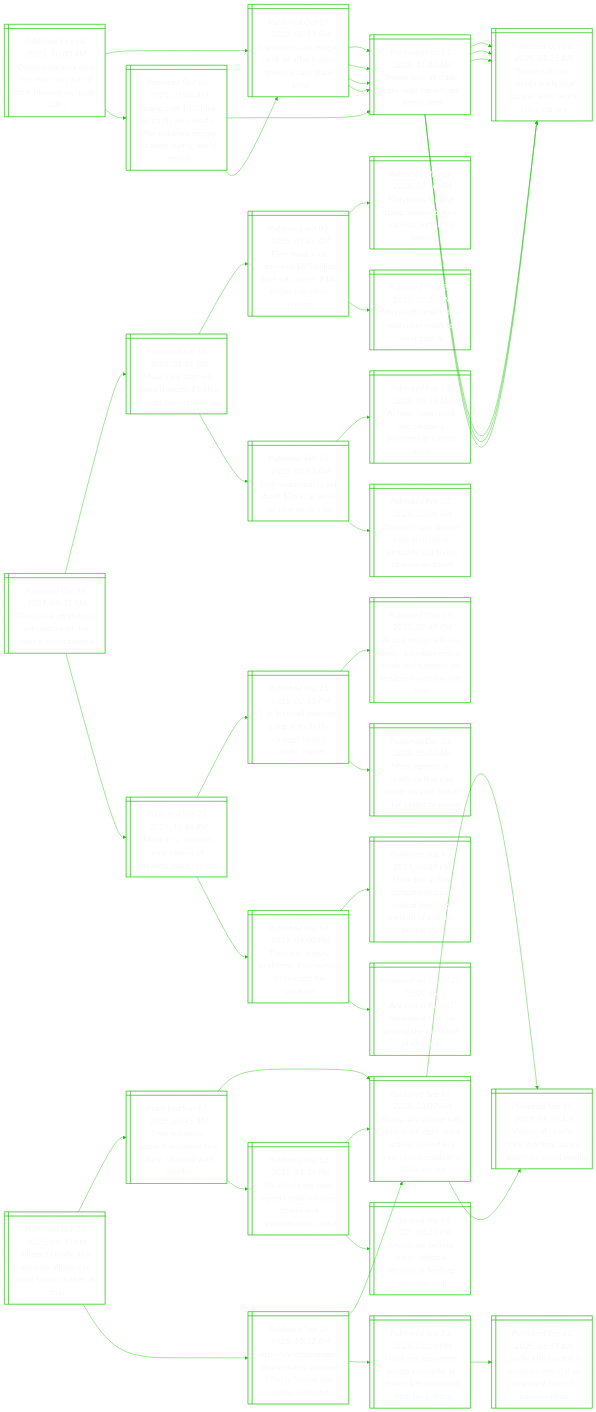
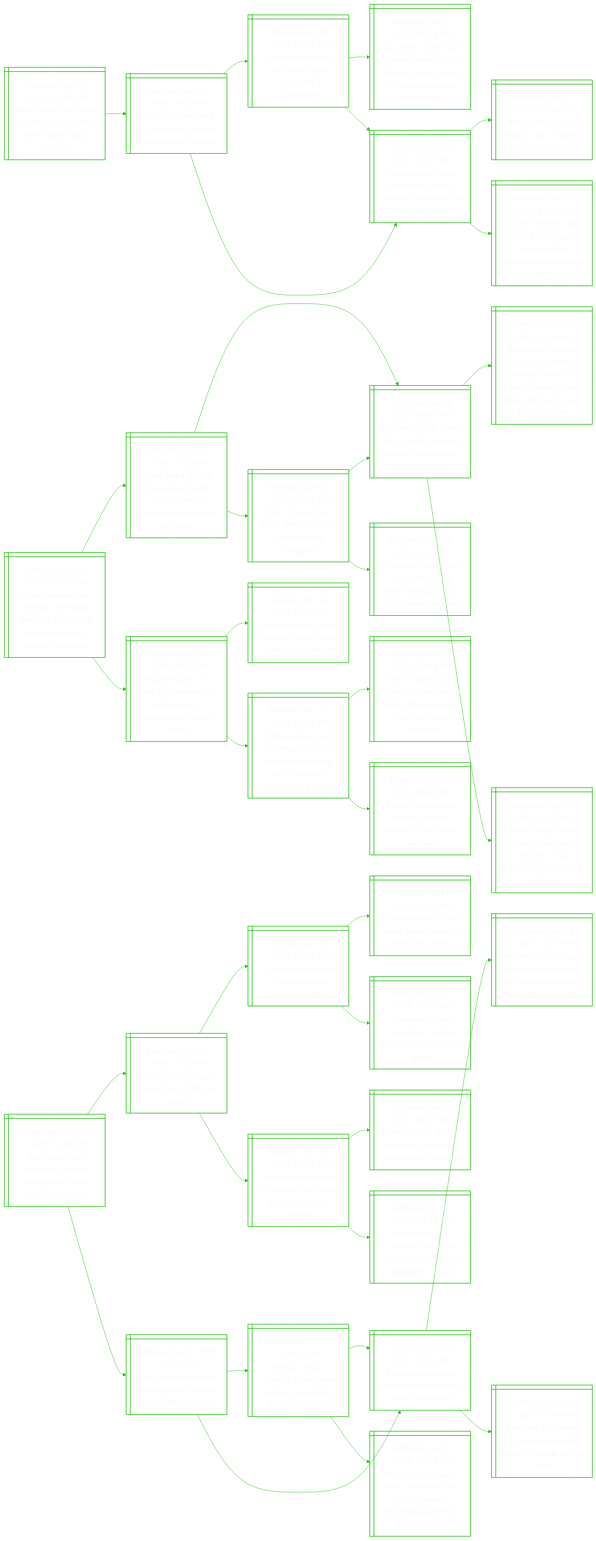
Before and after one commit to notJmes/notJmes: the diagram in README.md, drawn with Mermaid. The commit also changed other lines of this file, not shown here.

````diff
--- a/README.md
+++ b/README.md
@@ -16,133 +16,115 @@
 flowchart LR
 classDef txtsize font-size:20px;
 
-OimasooheSes@{ shape: win-pane, label: "_Published Oct 28, 2025, 10:00 AM_
-Ontario premier says he’s not sorry for ad that blew up us trade talks" }
-Ciuaaaeirctt@{ shape: win-pane, label: "_Published Oct 25, 2025, 05:33 AM_
-Canadians pull reagan tariff ad after furious trump scraps trade talks" }
-Tsldkhdtn@{ shape: win-pane, label: "_Published Oct 24, 2025, 11:40 AM_
-Trump says all trade talks with canada are terminated" }
-Ttuaaanirar@{ shape: win-pane, label: "_Published Oct 08, 2025, 08:25 AM_
-Trump talks up canada trade deal chances with ‘world-class’ carney" }
-Ttuaaanirar@{ shape: win-pane, label: "_Published Oct 08, 2025, 08:25 AM_
-Trump talks up canada trade deal chances with ‘world-class’ carney" }
-Tsldkhdtn@{ shape: win-pane, label: "_Published Oct 24, 2025, 11:40 AM_
-Trump says all trade talks with canada are terminated" }
-Ttuaaanirar@{ shape: win-pane, label: "_Published Oct 08, 2025, 08:25 AM_
-Trump talks up canada trade deal chances with ‘world-class’ carney" }
-Ttuaaanirar@{ shape: win-pane, label: "_Published Oct 08, 2025, 08:25 AM_
-Trump talks up canada trade deal chances with ‘world-class’ carney" }
-TsitfaaOiaddnli@{ shape: win-pane, label: "_Published Oct 26, 2025, 05:04 AM_
-Trump sets 10% hike in tariffs on canada after ontario’s reagan ad aired during world series" }
-Tsldkhdtn@{ shape: win-pane, label: "_Published Oct 24, 2025, 11:40 AM_
-Trump says all trade talks with canada are terminated" }
-Ttuaaanirar@{ shape: win-pane, label: "_Published Oct 08, 2025, 08:25 AM_
-Trump talks up canada trade deal chances with ‘world-class’ carney" }
-Ttuaaanirar@{ shape: win-pane, label: "_Published Oct 08, 2025, 08:25 AM_
-Trump talks up canada trade deal chances with ‘world-class’ carney" }
-Ciuaaaeirctt@{ shape: win-pane, label: "_Published Oct 25, 2025, 05:33 AM_
-Canadians pull reagan tariff ad after furious trump scraps trade talks" }
-Tsldkhdtn@{ shape: win-pane, label: "_Published Oct 24, 2025, 11:40 AM_
-Trump says all trade talks with canada are terminated" }
-Tsldkhdtn@{ shape: win-pane, label: "_Published Oct 24, 2025, 11:40 AM_
-Trump says all trade talks with canada are terminated" }
+Ilcleeilthtpe@{ shape: win-pane, label: "_Published Oct 28, 2025, 03:45 PM_
+Israeli forces kill three palestinian militants in the west bank, police say" }
+SrsioaginBir@{ shape: win-pane, label: "_Published Jun 28, 2025, 09:05 PM_
+Six israelis detained for attacking soldiers in west bank: military" }
+Iltrennplsa@{ shape: win-pane, label: "_Published Jun 26, 2025, 05:35 AM_
+Israeli settlers raid west bank town, troops kill 3 palestinians" }
+YtocrfrhGslignof@{ shape: win-pane, label: "_Published Jun 19, 2025, 08:51 PM_
+‘you either come back carrying food, or in a shroud’: gazans make life-risking journeys to seek food" }
+Iltaenpsosotfs@{ shape: win-pane, label: "_Published Jun 18, 2025, 07:20 PM_
+Israel military raids west bank camps, pressing offensives on multiple fronts" }
+Iltaenpsosotfs@{ shape: win-pane, label: "_Published Jun 18, 2025, 07:20 PM_
+Israel military raids west bank camps, pressing offensives on multiple fronts" }
+NyeeawHakl@{ shape: win-pane, label: "_Published Oct 07, 2023, 12:04 PM_
+Netanyahu declares israel at war as hamas attacks kill over 100" }
+Iltrenlloenoal@{ shape: win-pane, label: "_Published May 24, 2025, 12:36 AM_
+Israeli settlers raid west bank village, close to where pregnant woman was killed" }
 
-OimasooheSes:::txtsize --> Ciuaaaeirctt:::txtsize
-Ciuaaaeirctt:::txtsize --> Tsldkhdtn:::txtsize
-Tsldkhdtn:::txtsize --> Ttuaaanirar:::txtsize
-Tsldkhdtn:::txtsize --> Ttuaaanirar:::txtsize
-Ciuaaaeirctt:::txtsize --> Tsldkhdtn:::txtsize
-Tsldkhdtn:::txtsize --> Ttuaaanirar:::txtsize
-Tsldkhdtn:::txtsize --> Ttuaaanirar:::txtsize
-OimasooheSes:::txtsize --> TsitfaaOiaddnli:::txtsize
-TsitfaaOiaddnli:::txtsize --> Tsldkhdtn:::txtsize
-Tsldkhdtn:::txtsize --> Ttuaaanirar:::txtsize
-Tsldkhdtn:::txtsize --> Ttuaaanirar:::txtsize
-TsitfaaOiaddnli:::txtsize --> Ciuaaaeirctt:::txtsize
-Ciuaaaeirctt:::txtsize --> Tsldkhdtn:::txtsize
-Ciuaaaeirctt:::txtsize --> Tsldkhdtn:::txtsize
+Ilcleeilthtpe:::txtsize --> SrsioaginBir:::txtsize
+SrsioaginBir:::txtsize --> Iltrennplsa:::txtsize
+Iltrennplsa:::txtsize --> YtocrfrhGslignof:::txtsize
+Iltrennplsa:::txtsize --> Iltaenpsosotfs:::txtsize
+SrsioaginBir:::txtsize --> Iltaenpsosotfs:::txtsize
+Iltaenpsosotfs:::txtsize --> NyeeawHakl:::txtsize
+Iltaenpsosotfs:::txtsize --> Iltrenlloenoal:::txtsize
 
-Euagkihwnoa@{ shape: win-pane, label: "_Published Oct 28, 2025, 09:45 AM_
-Elon musk challenges wikipedia with his own ai encyclopedia" }
-Mxabtgossu@{ shape: win-pane, label: "_Published Jun 18, 2025, 05:01 PM_
-Musk’s xai start-up burns through $1.3b a month as costs pile up" }
-EuAnbotsbounr@{ shape: win-pane, label: "_Published Jun 03, 2025, 01:45 AM_
-Elon musk’s xai launches $6.5 billion debt sale, seeks $146 billion valuation: reports" }
-EuaTaitagute@{ shape: win-pane, label: "_Published May 29, 2025, 09:30 AM_
-Elon musk leaving trump administration, capping turbulent tenure" }
-Mstswlsoo@{ shape: win-pane, label: "_Published May 20, 2025, 07:37 AM_
-Microsoft strikes deal with elon musk to host grok ai" }
-Deesbietns@{ shape: win-pane, label: "_Published Feb 15, 2025, 02:53 AM_
-Dell nears deal to sell about $7b in ai server to elon musk’s xai" }
-Adudarsut@{ shape: win-pane, label: "_Published Feb 12, 2025, 08:15 AM_
-Ai feud: how musk and altman’s partnership turned toxic" }
-OIAnEuoytgoo@{ shape: win-pane, label: "_Published Feb 12, 2025, 02:06 AM_
-Openai’s sam altman says elon musk ‘probably just trying to slow us down’" }
-MxcrOIegee@{ shape: win-pane, label: "_Published Sep 25, 2025, 10:46 PM_
-Musk’s xai accuses rival openai of stealing trade secrets" }
-iavrnoiatkko@{ shape: win-pane, label: "_Published Sep 25, 2025, 02:10 PM_
-1 in 10 retail investors using ai tools like chatgpt to pick stocks: report" }
-AdnsdonilsmdnlKo@{ shape: win-pane, label: "_Published May 19, 2025, 07:40 PM_
-Ai and design will see wider adoption only if tools and systems are designed well: tan kiat how" }
-Mgcasccnbfeos@{ shape: win-pane, label: "_Published Dec 23, 2024, 05:00 AM_
-Meet agentic ai, chatbots that can decide on your behalf – for better or worse" }
-TaebTuttous@{ shape: win-pane, label: "_Published Sep 14, 2025, 04:00 PM_
-They had money problems. they turned to chatgpt for solutions" }
-Hnktnettisoioa@{ shape: win-pane, label: "_Published Aug 13, 2025, 06:00 PM_
-How gen ai like chatgpt enhances critical thinking, instead of making people lazy" }
-Auueeothtfb@{ shape: win-pane, label: "_Published Jul 10, 2025, 05:00 AM_
-Are you ai fluent? here are 4 tips on getting the most out of chatbots" }
+CyeonedkUetpnayc@{ shape: win-pane, label: "_Published Oct 28, 2025, 02:00 PM_
+Creepy masked trio behind attempted ‘break in’ in us were relatives pulling a prank, say police" }
+Yffsbhjnafltg@{ shape: win-pane, label: "_Published Oct 06, 2025, 11:35 AM_
+Youth fined $3,500 for posting bomb threat ‘joke’ on instagram from plane at changi" }
+MobhwonnAabr@{ shape: win-pane, label: "_Published Jun 04, 2025, 06:09 PM_
+Man who made bomb threat while on plane bound for abu dhabi to be charged" }
+Aaceeelimeocltaucp@{ shape: win-pane, label: "_Published Oct 14, 2023, 07:46 AM_
+Australian charged after repeatedly saying ‘bomb’ on perth-bound scoot flight that had to turn back to s’pore" }
+Mawoardtbidpe@{ shape: win-pane, label: "_Published Nov 26, 2024, 12:33 AM_
+Man charged with bomb hoax over incident at us embassy in london, uk police say" }
+Maooraplnge@{ shape: win-pane, label: "_Published Jun 05, 2025, 11:05 AM_
+Man charged over bomb threat made on plane leaving singapore" }
+MobhwonnAabr@{ shape: win-pane, label: "_Published Jun 04, 2025, 06:09 PM_
+Man who made bomb threat while on plane bound for abu dhabi to be charged" }
+msfnamebSftde@{ shape: win-pane, label: "_Published Dec 22, 2023, 03:24 PM_
+6 months’ jail for man who made bomb threat on board scoot flight bound for perth" }
+Teratrlnutiek@{ shape: win-pane, label: "_Published Dec 24, 2024, 04:25 PM_
+Two teenagers, 15 and 16, arrested for involvement in queenstown bicycle prank" }
+PeisiekroQs@{ shape: win-pane, label: "_Published Dec 20, 2024, 06:30 PM_
+Police probing case of bicycles parked across road in queenstown" }
+ChnhstaaevniinnGn@{ shape: win-pane, label: "_Published Dec 23, 2024, 04:31 PM_
+Cabby helping with investigations after accident involving taxi, 2 cyclists in serangoon gardens" }
+MaoldlcslvgtfNlw@{ shape: win-pane, label: "_Published Nov 07, 2024, 03:41 PM_
+Man charged over allegedly killing cyclist while driving against traffic on nicoll highway" }
+Biafudolnui@{ shape: win-pane, label: "_Published Sep 02, 2024, 06:00 PM_
+Bus driver jailed for causing death of cyclist, 18, in yishun accident" }
 
-Euagkihwnoa:::txtsize --> Mxabtgossu:::txtsize
-Mxabtgossu:::txtsize --> EuAnbotsbounr:::txtsize
-EuAnbotsbounr:::txtsize --> EuaTaitagute:::txtsize
-EuAnbotsbounr:::txtsize --> Mstswlsoo:::txtsize
-Mxabtgossu:::txtsize --> Deesbietns:::txtsize
-Deesbietns:::txtsize --> Adudarsut:::txtsize
-Deesbietns:::txtsize --> OIAnEuoytgoo:::txtsize
-Euagkihwnoa:::txtsize --> MxcrOIegee:::txtsize
-MxcrOIegee:::txtsize --> iavrnoiatkko:::txtsize
-iavrnoiatkko:::txtsize --> AdnsdonilsmdnlKo:::txtsize
-iavrnoiatkko:::txtsize --> Mgcasccnbfeos:::txtsize
-MxcrOIegee:::txtsize --> TaebTuttous:::txtsize
-TaebTuttous:::txtsize --> Hnktnettisoioa:::txtsize
-TaebTuttous:::txtsize --> Auueeothtfb:::txtsize
+CyeonedkUetpnayc:::txtsize --> Yffsbhjnafltg:::txtsize
+Yffsbhjnafltg:::txtsize --> MobhwonnAabr:::txtsize
+MobhwonnAabr:::txtsize --> Aaceeelimeocltaucp:::txtsize
+MobhwonnAabr:::txtsize --> Mawoardtbidpe:::txtsize
+Yffsbhjnafltg:::txtsize --> Maooraplnge:::txtsize
+Maooraplnge:::txtsize --> MobhwonnAabr:::txtsize
+Maooraplnge:::txtsize --> msfnamebSftde:::txtsize
+CyeonedkUetpnayc:::txtsize --> Teratrlnutiek:::txtsize
+Teratrlnutiek:::txtsize --> PeisiekroQs:::txtsize
+Teratrlnutiek:::txtsize --> ChnhstaaevniinnGn:::txtsize
+ChnhstaaevniinnGn:::txtsize --> MaoldlcslvgtfNlw:::txtsize
+ChnhstaaevniinnGn:::txtsize --> Biafudolnui:::txtsize
 
-Aerisnwwtcer@{ shape: win-pane, label: "_Published Oct 28, 2025, 09:30 AM_
-Alleged charlie kirk assassin allowed to wear street clothes at trial" }
-TRssirilcehe@{ shape: win-pane, label: "_Published Sep 17, 2025, 03:45 AM_
-Tyler robinson, suspect in charlie kirk killing, charged with murder" }
-TahesegnipdoUstt@{ shape: win-pane, label: "_Published Sep 11, 2025, 03:07 AM_
-Trump ally charlie kirk shot dead; right-wing activist played key role in us president’s 2024 victory" }
-VsaKsirayce@{ shape: win-pane, label: "_Published Sep 11, 2025, 08:59 AM_
-Videos of charlie kirk’s shooting spread rapidly on social media" }
-Fiseerierisnne@{ shape: win-pane, label: "_Published Sep 16, 2025, 11:26 PM_
-Fbi chief kash patel rejects criticism over charlie kirk assassination probe" }
-TahesegnipdoUstt@{ shape: win-pane, label: "_Published Sep 11, 2025, 03:07 AM_
-Trump ally charlie kirk shot dead; right-wing activist played key role in us president’s 2024 victory" }
-Aceehtrrfioe@{ shape: win-pane, label: "_Published Sep 16, 2025, 06:21 PM_
-Americans believe harsh political rhetoric is fuelling violence: poll" }
-AnpnCikuiimpie@{ shape: win-pane, label: "_Published Sep 26, 2025, 10:32 AM_
-Attorney representing charlie kirk’s accused killer is former top public defender" }
-TahesegnipdoUstt@{ shape: win-pane, label: "_Published Sep 11, 2025, 03:07 AM_
-Trump ally charlie kirk shot dead; right-wing activist played key role in us president’s 2024 victory" }
-VsaKsirayce@{ shape: win-pane, label: "_Published Sep 11, 2025, 08:59 AM_
-Videos of charlie kirk’s shooting spread rapidly on social media" }
-ImoTsrCikrihls@{ shape: win-pane, label: "_Published Sep 23, 2025, 01:10 PM_
-‘i hate my opponent’: trump’s remarks at charlie kirk memorial distil his politics" }
-Cikerarsanccrs@{ shape: win-pane, label: "_Published Sep 22, 2025, 06:17 AM_
-Charlie kirk lauded at arizona memorial as galvanising force for conservatism" }
+Roaritdpysit@{ shape: win-pane, label: "_Published Oct 28, 2025, 01:20 PM_
+Rush-hour train service in scotland disrupted by swan swanning on track" }
+Adpgeifnc@{ shape: win-pane, label: "_Published Oct 27, 2025, 11:45 PM_
+Arson disrupts high-speed train traffic in france" }
+Ctitnsssrc@{ shape: win-pane, label: "_Published Jun 25, 2025, 07:29 PM_
+Cable theft in north france disrupts eurostar traffic" }
+EtauiodFfe@{ shape: win-pane, label: "_Published Jun 11, 2025, 07:04 AM_
+Eurostar plans 5-hour trains from london to frankfurt, geneva" }
+Pnsxinauaip@{ shape: win-pane, label: "_Published Jan 24, 2024, 11:32 AM_
+Passengers snub ‘expensive’ london-paris eurostar train for plane" }
+TateaeblPtso@{ shape: win-pane, label: "_Published Mar 07, 2025, 04:11 PM_
+Thousands stranded as massive wwii bomb blocks paris train station" }
+Lntluscnuac@{ shape: win-pane, label: "_Published Jan 30, 2025, 06:59 AM_
+London’s blitz shelter tunnels to become a new tourist attraction" }
+JtepaWoafrkie@{ shape: win-pane, label: "_Published Oct 04, 2024, 04:16 PM_
+Japan to sweep airports after wwii bomb blast at former ‘kamikaze’ airbase" }
+Tiiptueavrts@{ shape: win-pane, label: "_Published Jul 11, 2025, 05:45 PM_
+Train in india stops for two hours as elephant gives birth on tracks" }
+Isaotleacvier@{ shape: win-pane, label: "_Published Jul 09, 2025, 08:00 PM_
+India’s vatsala, thought to be oldest elephant in captivity, dies aged over 100" }
+Taneaiosii@{ shape: win-pane, label: "_Published Jun 03, 2025, 11:28 AM_
+Trunk-and-run: wild elephant raids grocery store in thailand" }
+Nlershorrnwgluao@{ shape: win-pane, label: "_Published Jun 10, 2025, 05:55 PM_
+Not all heroes wear capes: elephant goes viral for saving drowning gazelle at guatemala zoo" }
+Taneaiosii@{ shape: win-pane, label: "_Published Jun 03, 2025, 11:28 AM_
+Trunk-and-run: wild elephant raids grocery store in thailand" }
+MtdEatcMslletoa@{ shape: win-pane, label: "_Published May 21, 2025, 12:45 PM_
+Mammoth road rage: elephants attack car in malaysia allegedly after getting honked at" }
+Eainfondeai@{ shape: win-pane, label: "_Published Jan 19, 2025, 03:50 PM_
+Elephant frightened by fireworks knocks down 5 people at thai fair" }
 
-Aerisnwwtcer:::txtsize --> TRssirilcehe:::txtsize
-TRssirilcehe:::txtsize --> TahesegnipdoUstt:::txtsize
-TahesegnipdoUstt:::txtsize --> VsaKsirayce:::txtsize
-TRssirilcehe:::txtsize --> Fiseerierisnne:::txtsize
-Fiseerierisnne:::txtsize --> TahesegnipdoUstt:::txtsize
-Fiseerierisnne:::txtsize --> Aceehtrrfioe:::txtsize
-Aerisnwwtcer:::txtsize --> AnpnCikuiimpie:::txtsize
-AnpnCikuiimpie:::txtsize --> TahesegnipdoUstt:::txtsize
-TahesegnipdoUstt:::txtsize --> VsaKsirayce:::txtsize
-AnpnCikuiimpie:::txtsize --> ImoTsrCikrihls:::txtsize
-ImoTsrCikrihls:::txtsize --> Cikerarsanccrs:::txtsize
+Roaritdpysit:::txtsize --> Adpgeifnc:::txtsize
+Adpgeifnc:::txtsize --> Ctitnsssrc:::txtsize
+Ctitnsssrc:::txtsize --> EtauiodFfe:::txtsize
+Ctitnsssrc:::txtsize --> Pnsxinauaip:::txtsize
+Adpgeifnc:::txtsize --> TateaeblPtso:::txtsize
+TateaeblPtso:::txtsize --> Lntluscnuac:::txtsize
+TateaeblPtso:::txtsize --> JtepaWoafrkie:::txtsize
+Roaritdpysit:::txtsize --> Tiiptueavrts:::txtsize
+Tiiptueavrts:::txtsize --> Isaotleacvier:::txtsize
+Isaotleacvier:::txtsize --> Taneaiosii:::txtsize
+Isaotleacvier:::txtsize --> Nlershorrnwgluao:::txtsize
+Tiiptueavrts:::txtsize --> Taneaiosii:::txtsize
+Taneaiosii:::txtsize --> MtdEatcMslletoa:::txtsize
+Taneaiosii:::txtsize --> Eainfondeai:::txtsize
 
 ```
````
